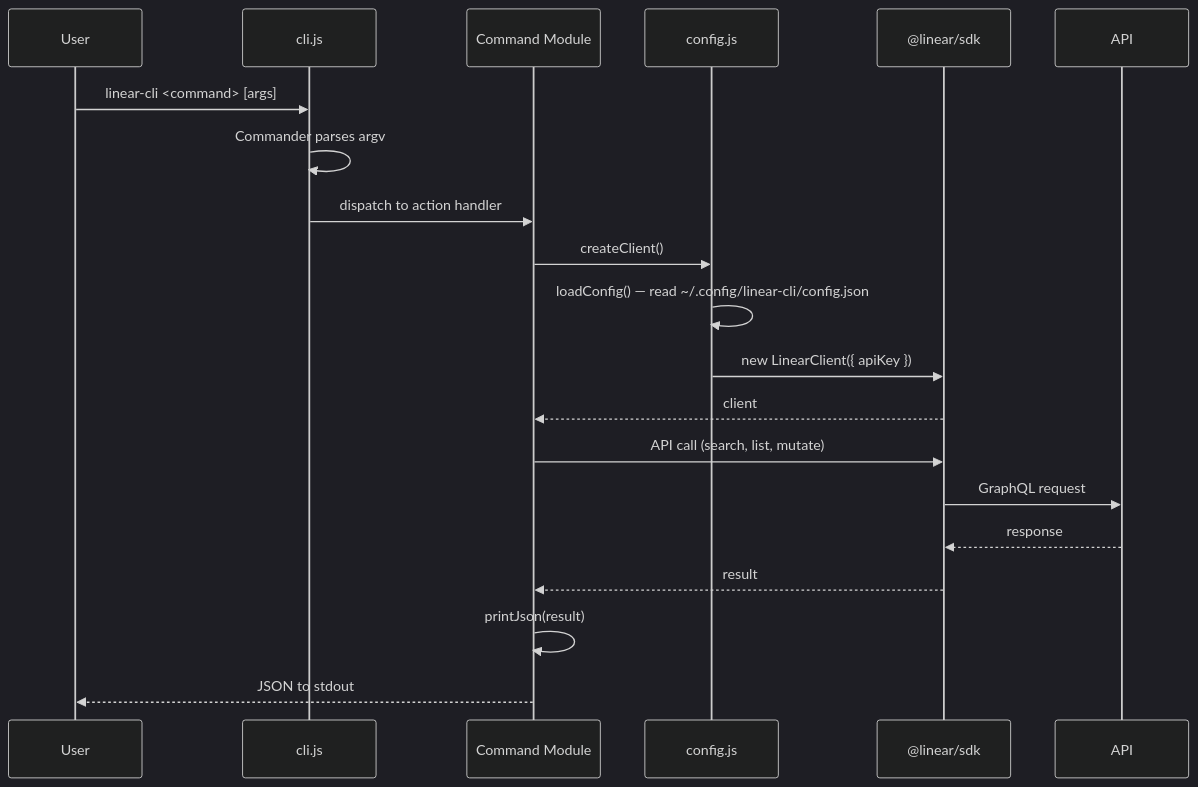
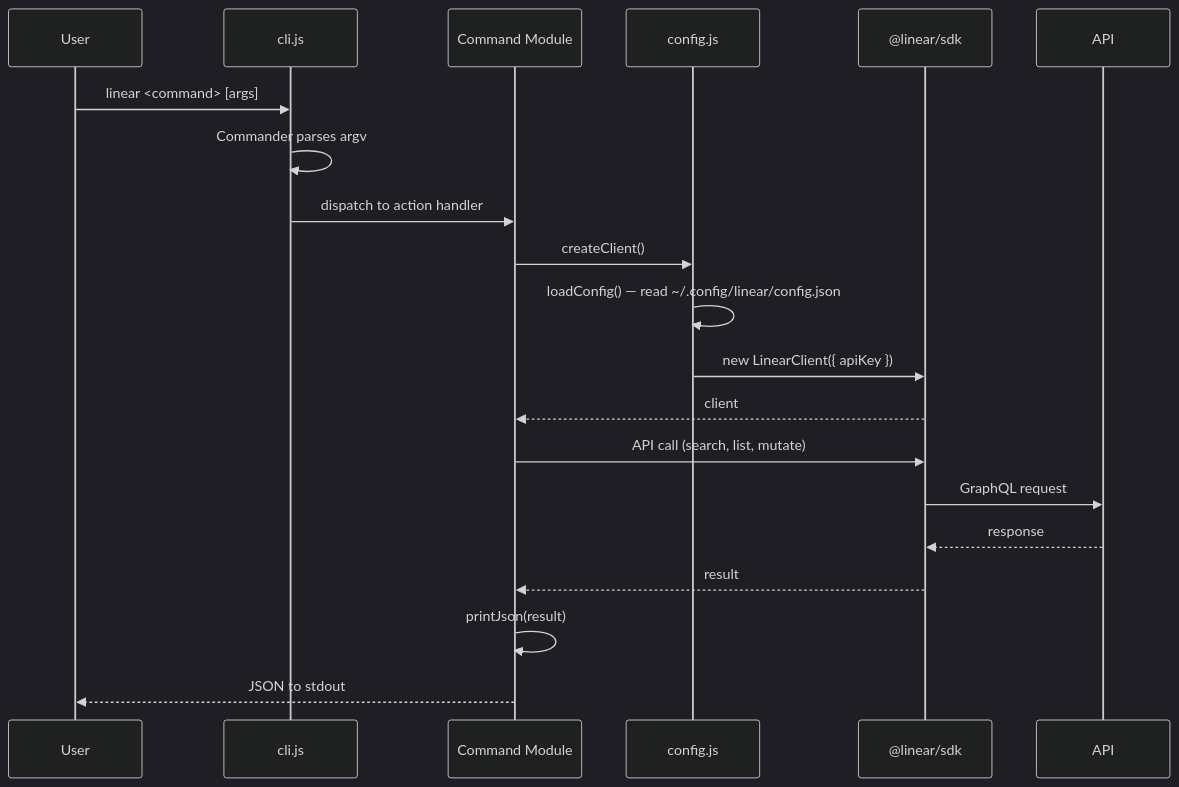
The second of 2 diagrams in SPEC.md (dotbrains/linear-cli), drawn with Mermaid (dark theme) before and after one commit. The commit also changed other lines of this file and 3 other files, not shown here.

First line of the commit message:
chore: rename binary from linear-cli to linear

````diff
--- a/SPEC.md
+++ b/SPEC.md
@@ -234,22 +234,22 @@
 ```mermaid
 sequenceDiagram
     participant User
     participant CLI as cli.js
     participant Cmd as Command Module
     participant Config as config.js
     participant SDK as @linear/sdk
 
-    User->>CLI: linear-cli <command> [args]
+    User->>CLI: linear <command> [args]
     CLI->>CLI: Commander parses argv
     CLI->>Cmd: dispatch to action handler
     Cmd->>Config: createClient()
-    Config->>Config: loadConfig() — read ~/.config/linear-cli/config.json
+    Config->>Config: loadConfig() — read ~/.config/linear/config.json
     Config->>SDK: new LinearClient({ apiKey })
     SDK-->>Cmd: client
     Cmd->>SDK: API call (search, list, mutate)
     SDK->>API: GraphQL request
     API-->>SDK: response
     SDK-->>Cmd: result
     Cmd->>Cmd: printJson(result)
     Cmd-->>User: JSON to stdout
 ```
````
